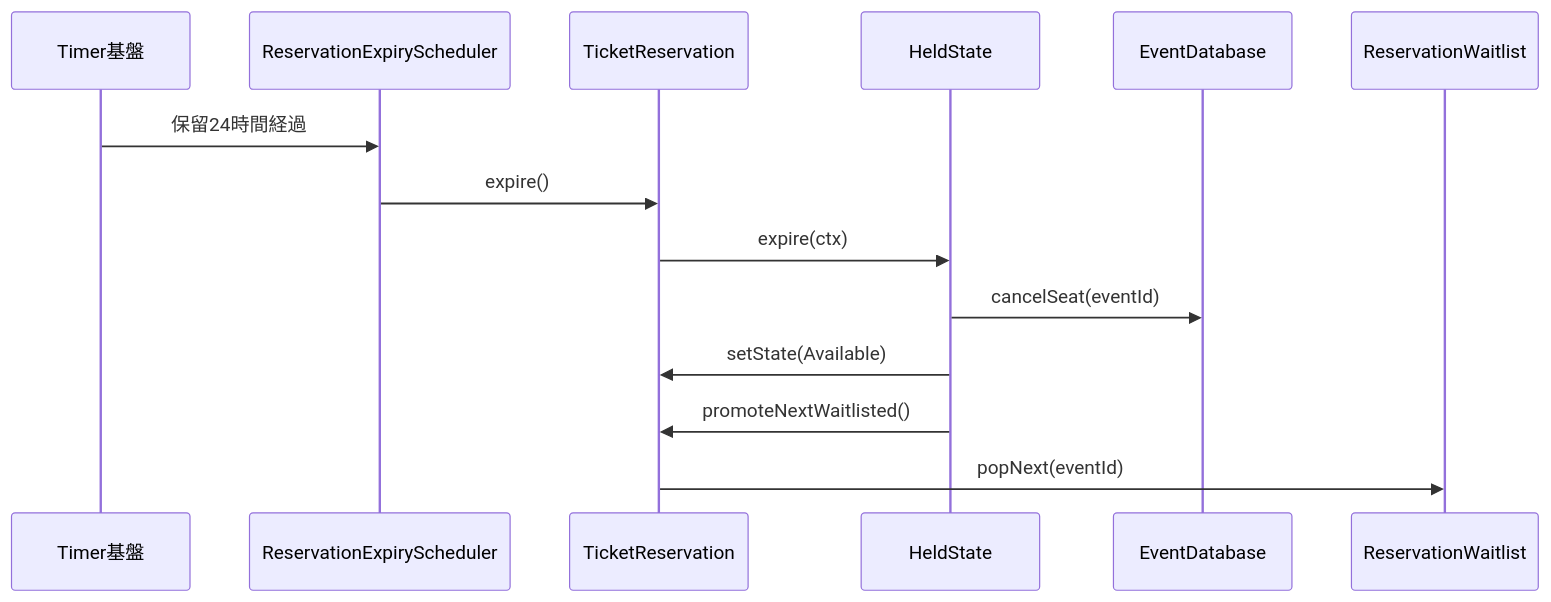
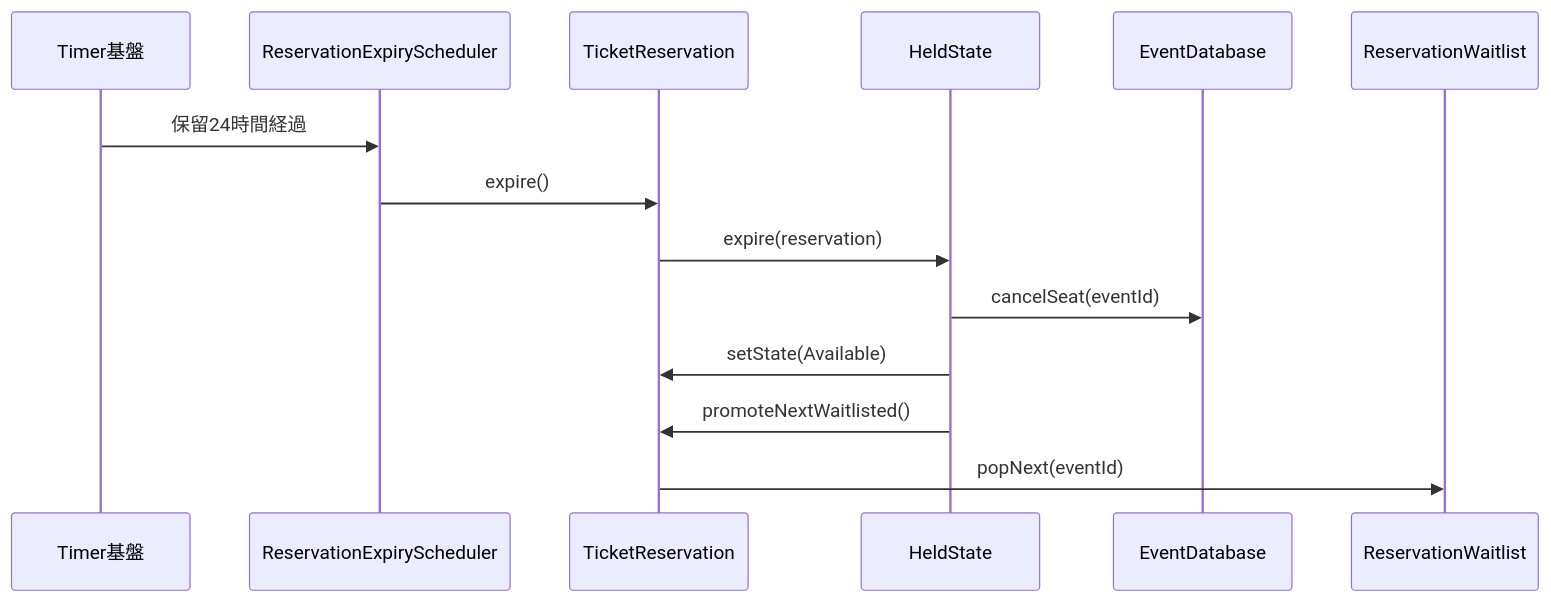
Before and after one commit to kumachan1101-pixel/DesignPattern: diagram 19 of 23 in kindle/design-patterns/output/chapter03.md, drawn with Mermaid. The commit also changed other lines of this file and 21 other files, not shown here.

````diff
--- a/kindle/design-patterns/output/chapter03.md
+++ b/kindle/design-patterns/output/chapter03.md
@@ -1766,17 +1777,17 @@
 ```mermaid
 sequenceDiagram
     participant Timer as Timer基盤
     participant S as ReservationExpiryScheduler
     participant C as TicketReservation
     participant H as HeldState
     participant DB as EventDatabase
     participant WQ as ReservationWaitlist
 
     Timer->>S: 保留24時間経過
     S->>C: expire()
-    C->>H: expire(ctx)
+    C->>H: expire(reservation)
     H->>DB: cancelSeat(eventId)
     H->>C: setState(Available)
     H->>C: promoteNextWaitlisted()
     C->>WQ: popNext(eventId)
 ```
````
